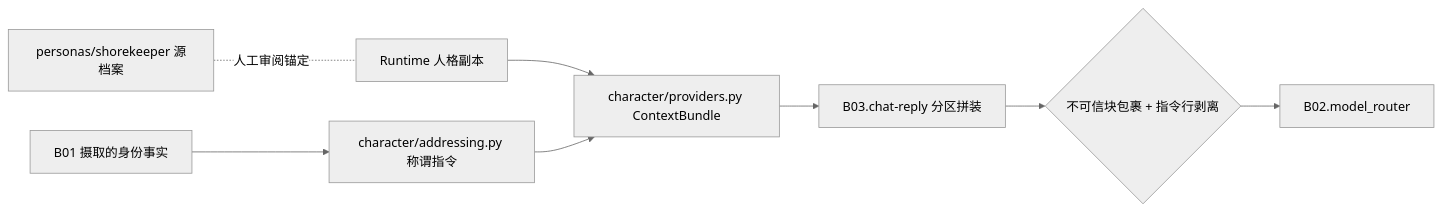
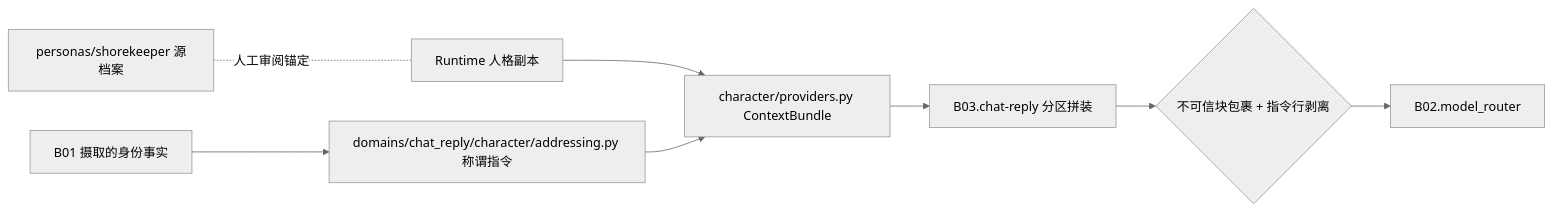
The diagram in docs/boards/B03-persona-chat-safety/persona-context/README.md (LancyCelestia/WuWa-Character-Bots), drawn with Mermaid (neutral theme) before and after one commit. The commit also changed 434 other files, not shown here.

````diff
--- a/docs/boards/B03-persona-chat-safety/persona-context/README.md
+++ b/docs/boards/B03-persona-chat-safety/persona-context/README.md
@@ -37,10 +37,10 @@
 ```mermaid
 flowchart LR
   src[personas/shorekeeper 源档案] -.人工审阅锚定.- copy[Runtime 人格副本]
   copy --> prov[character/providers.py ContextBundle]
-  sess[B01 摄取的身份事实] --> addr[character/addressing.py 称谓指令]
+  sess[B01 摄取的身份事实] --> addr[domains/chat_reply/character/addressing.py 称谓指令]
   addr --> prov
   prov --> asm[B03.chat-reply 分区拼装]
   asm --> untrusted{不可信块包裹 + 指令行剥离}
   untrusted --> B02.model_router
 ```
````
